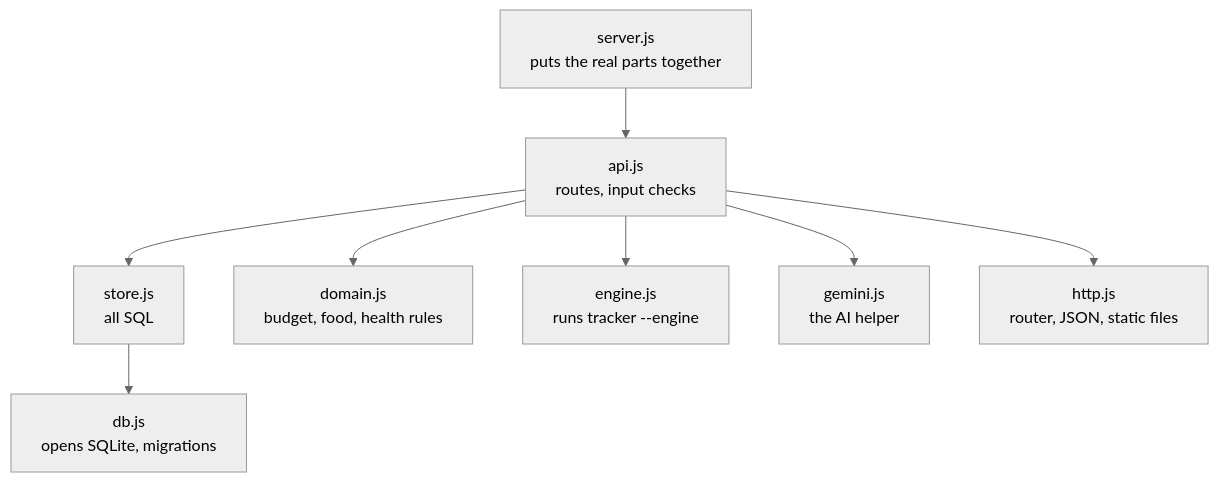
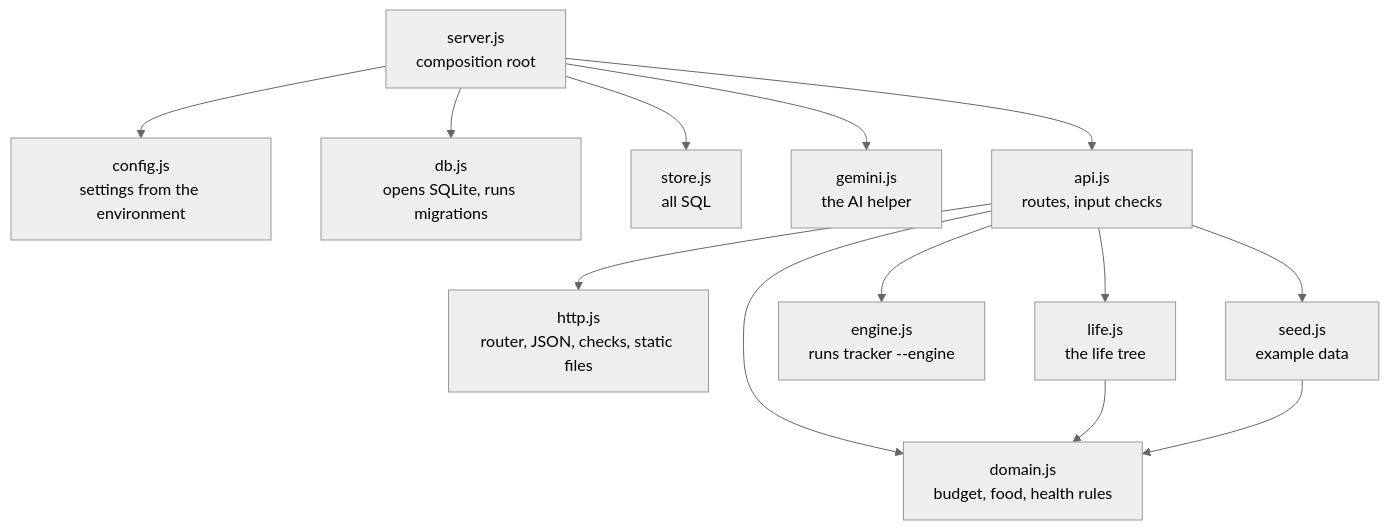
The fourth of 6 diagrams in docs/02-design/trd.md (sih2006/Everything-A-Monash-Malaysia-Student-Would-Need), drawn with Mermaid (neutral theme) before and after one commit. The commit also changed other lines of this file and 30 other files, not shown here.

````diff
--- a/docs/02-design/trd.md
+++ b/docs/02-design/trd.md
@@ -71,10 +77,15 @@
 ```mermaid
 flowchart TB
-  server[server.js<br/>puts the real parts together] --> api
-  api[api.js<br/>routes, input checks] --> store[store.js<br/>all SQL]
+  server[server.js<br/>composition root] --> config[config.js<br/>settings from the environment]
+  server --> db[db.js<br/>opens SQLite, runs migrations]
+  server --> store[store.js<br/>all SQL]
+  server --> gemini[gemini.js<br/>the AI helper]
+  server --> api
+  api[api.js<br/>routes, input checks] --> http[http.js<br/>router, JSON, checks, static files]
   api --> domain[domain.js<br/>budget, food, health rules]
+  api --> life[life.js<br/>the life tree]
   api --> engine[engine.js<br/>runs tracker --engine]
-  api --> gemini[gemini.js<br/>the AI helper]
-  api --> http[http.js<br/>router, JSON, static files]
-  store --> db[db.js<br/>opens SQLite, migrations]
+  api --> seed[seed.js<br/>example data]
+  life --> domain
+  seed --> domain
 ```
````
